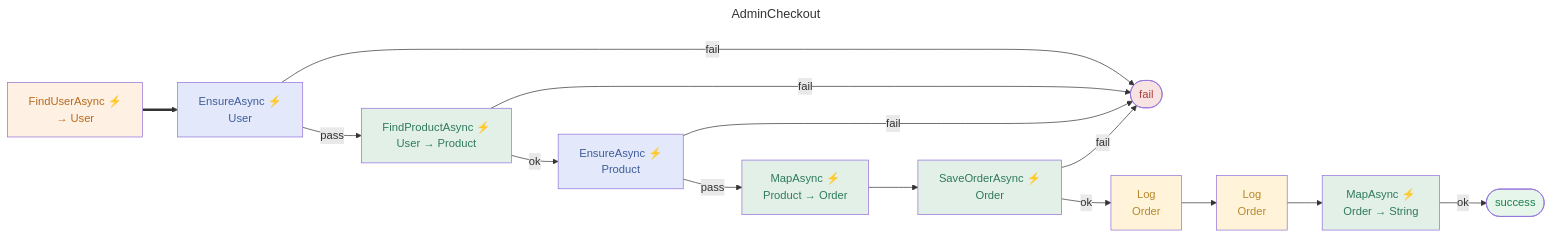
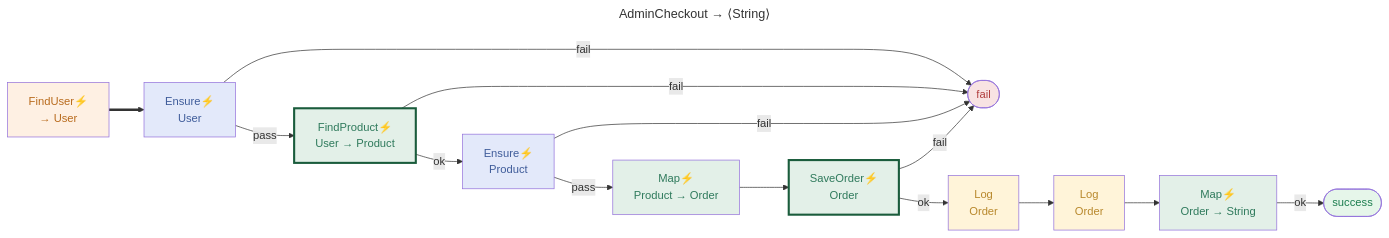
Before and after one commit to reslava/nuget-package-reslava-result: the tenth of 10 diagrams in mkdocs/demo/flow-catalog.md, drawn with Mermaid. The commit also changed other lines of this file and 3 other files, not shown here.

Commit message:
fix: escape &quot; in predicate tooltips; skip Legend constant in flow catalog

````diff
--- a/mkdocs/demo/flow-catalog.md
+++ b/mkdocs/demo/flow-catalog.md
@@ -333,45 +337,46 @@
 ```mermaid
 ---
-title: AdminCheckout
+title: AdminCheckout → ⟨String⟩
 ---
 flowchart LR
-    ENTRY_ROOT["FindUserAsync ⚡<br/>→ User"]:::operation ==> N0_EnsureAsync
-    N0_EnsureAsync["EnsureAsync ⚡<br/>User"]:::gatekeeper
+    ENTRY_ROOT["FindUser⚡<br/>→ User"]:::operation ==> N0_EnsureAsync
+    N0_EnsureAsync["<span title='u.Role == &quot;Admin&quot;'>Ensure⚡<br/>User</span>"]:::gatekeeper
     N0_EnsureAsync -->|pass| N1_FindProductAsync
     N0_EnsureAsync -->|fail| FAIL
-    N1_FindProductAsync["FindProductAsync ⚡<br/>User → Product"]:::transform
+    N1_FindProductAsync["FindProduct⚡<br/>User → Product"]:::bind
     N1_FindProductAsync -->|ok| N2_EnsureAsync
     N1_FindProductAsync -->|fail| FAIL
-    N2_EnsureAsync["EnsureAsync ⚡<br/>Product"]:::gatekeeper
+    N2_EnsureAsync["<span title='p.Stock > 0'>Ensure⚡<br/>Product</span>"]:::gatekeeper
     N2_EnsureAsync -->|pass| N3_MapAsync
     N2_EnsureAsync -->|fail| FAIL
-    N3_MapAsync["MapAsync ⚡<br/>Product → Order"]:::transform
+    N3_MapAsync["Map⚡<br/>Product → Order"]:::map
     N3_MapAsync --> N4_SaveOrderAsync
-    N4_SaveOrderAsync["SaveOrderAsync ⚡<br/>Order"]:::transform
+    N4_SaveOrderAsync["SaveOrder⚡<br/>Order"]:::bind
     N4_SaveOrderAsync -->|ok| N5_Log
     N4_SaveOrderAsync -->|fail| FAIL
     N5_Log["Log<br/>Order"]:::sideeffect
     N5_Log --> N6_Log
     N6_Log["Log<br/>Order"]:::sideeffect
     N6_Log --> N7_MapAsync
-    N7_MapAsync["MapAsync ⚡<br/>Order → String"]:::transform
+    N7_MapAsync["Map⚡<br/>Order → String"]:::map
     N7_MapAsync -->|ok| SUCCESS
     SUCCESS([success]):::success
     FAIL([fail])
     FAIL:::failure
     classDef operation fill:#fef0e3,color:#b86a1c
     classDef gatekeeper fill:#e3e9fa,color:#3f5c9a
-    classDef transform fill:#e3f0e8,color:#2f7a5c
+    classDef bind fill:#e3f0e8,color:#2f7a5c,stroke:#1a5c3c,stroke-width:3px
+    classDef map fill:#e3f0e8,color:#2f7a5c
     classDef sideeffect fill:#fff4d9,color:#b8882c
     classDef success fill:#e6f6ea,color:#1c7e4f
     classDef failure fill:#f8e3e3,color:#b13e3e
 %% --- Node correlation (ReasonMetadata.NodeId / PipelineStep) ---
 %%   N0_EnsureAsync → EnsureAsync
 %%   N1_FindProductAsync → FindProductAsync
 %%   N2_EnsureAsync → EnsureAsync
 %%   N3_MapAsync → MapAsync
 %%   N4_SaveOrderAsync → SaveOrderAsync
 %%   N5_Log → Log
 %%   N6_Log → Log
 %%   N7_MapAsync → MapAsync
 ```
````
